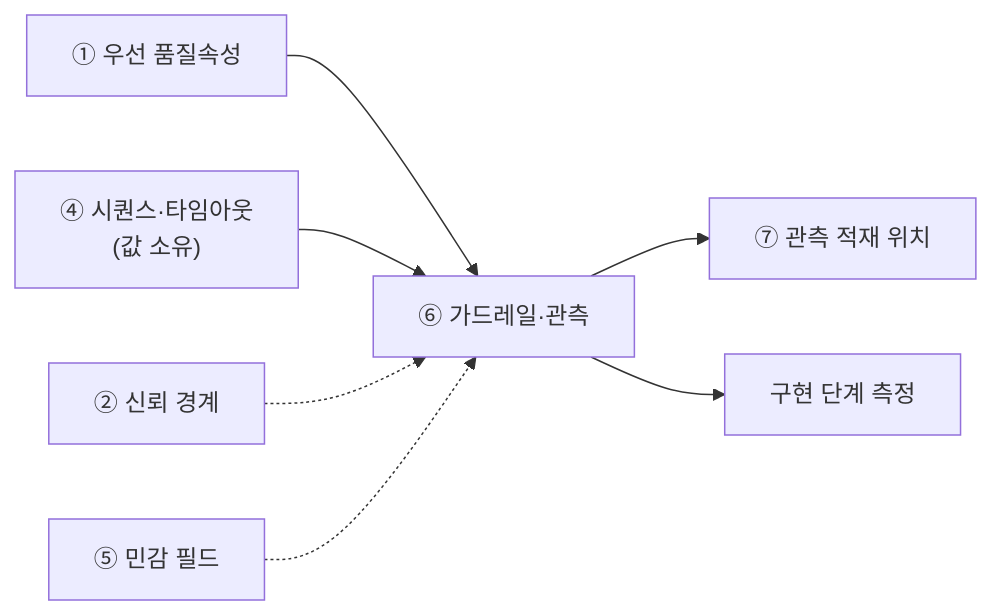
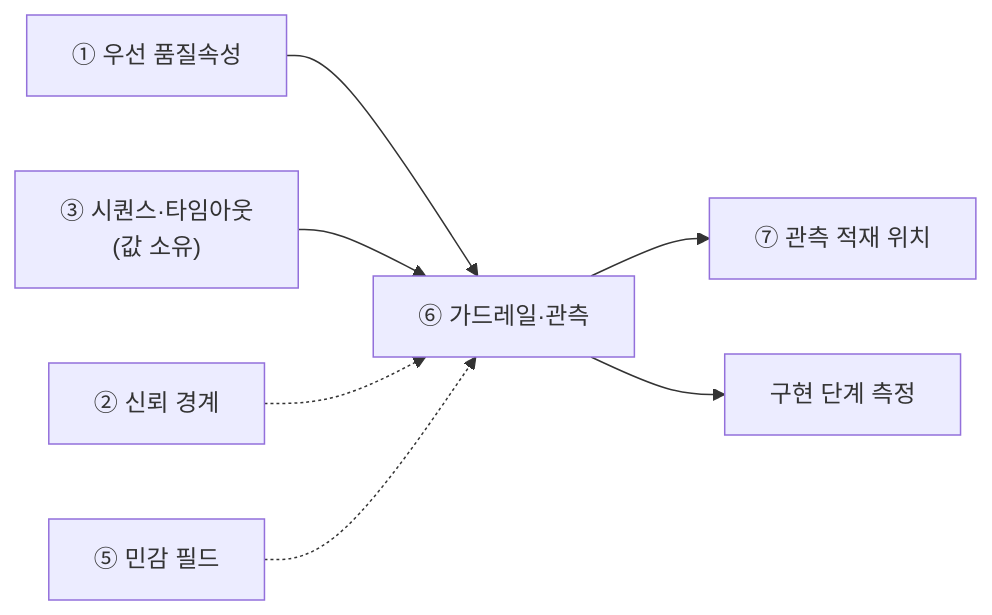
One commit to unicorn-campus/design-agentic-ai changed the diagram in guides/06-가드레일관측설계-가이드.md. Above: the diagram before and after it, drawn with Mermaid. The commit also changed other lines of this file and 67 other files, not shown here.

````diff
--- a/guides/06-가드레일관측설계-가이드.md
+++ b/guides/06-가드레일관측설계-가이드.md
@@ -20,9 +20,9 @@
 ```mermaid
 flowchart LR
   A["① 우선 품질속성"] --> F["⑥ 가드레일·관측"]
-  D["④ 시퀀스·타임아웃<br/>(값 소유)"] --> F
+  D["③ 시퀀스·타임아웃<br/>(값 소유)"] --> F
   B["② 신뢰 경계"] -.-> F
   E["⑤ 민감 필드"] -.-> F
   F --> G["⑦ 관측 적재 위치"]
   F --> H["구현 단계 측정"]
 ```
````
